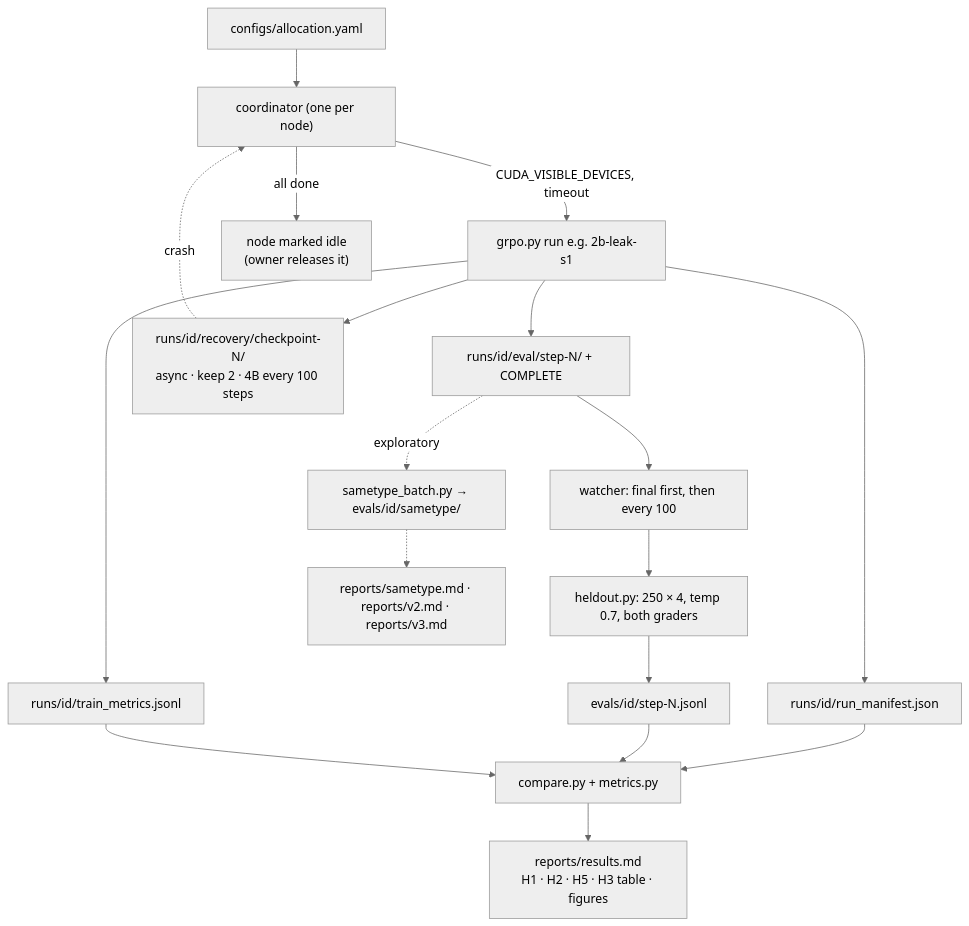
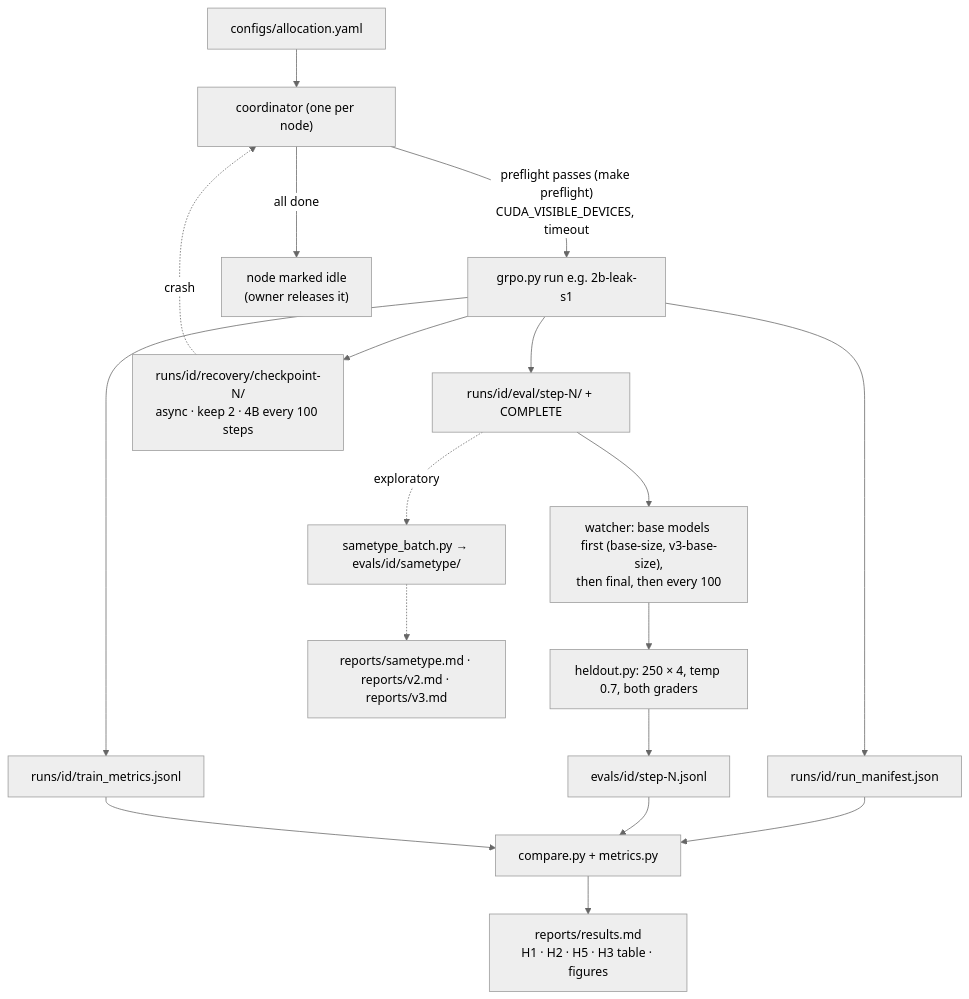
Before and after one commit to codexceed/rl-env-lab: the sixth of 7 diagrams in ARCHITECTURE.md, drawn with Mermaid (neutral theme). The commit also changed other lines of this file and 6 other files, not shown here.

First line of the commit message:
feat(train): node preflight, make preflight, coordinator refuses to launch on failure

````diff
--- a/ARCHITECTURE.md
+++ b/ARCHITECTURE.md
@@ -173,20 +173,20 @@
 ```mermaid
 flowchart TD
   AL["configs/allocation.yaml"] --> CO["coordinator (one per node)"]
-  CO -->|"CUDA_VISIBLE_DEVICES, timeout"| RUN["grpo.py run e.g. 2b-leak-s1"]
+  CO -->|"preflight passes (make preflight)<br/>CUDA_VISIBLE_DEVICES, timeout"| RUN["grpo.py run e.g. 2b-leak-s1"]
   RUN --> EW["runs/id/eval/step-N/ + COMPLETE"]
   RUN --> RC["runs/id/recovery/checkpoint-N/<br/>async · keep 2 · 4B every 100 steps"]
   RUN --> TM["runs/id/train_metrics.jsonl"]
   RUN --> MF["runs/id/run_manifest.json"]
   MF --> CMP
   RC -.->|crash| CO
-  EW --> WA["watcher: final first, then every 100"]
+  EW --> WA["watcher: base models first (base-size, v3-base-size),<br/>then final, then every 100"]
   WA --> HO["heldout.py: 250 × 4, temp 0.7, both graders"]
   HO --> EJ["evals/id/step-N.jsonl"]
   EJ --> CMP["compare.py + metrics.py"]
   TM --> CMP
   CMP --> RES["reports/results.md<br/>H1 · H2 · H5 · H3 table · figures"]
   EW -.->|exploratory| SB["sametype_batch.py → evals/id/sametype/"]
   SB -.-> SR["reports/sametype.md · reports/v2.md · reports/v3.md"]
   CO -->|"all done"| IDLE["node marked idle<br/>(owner releases it)"]
 ```
````
